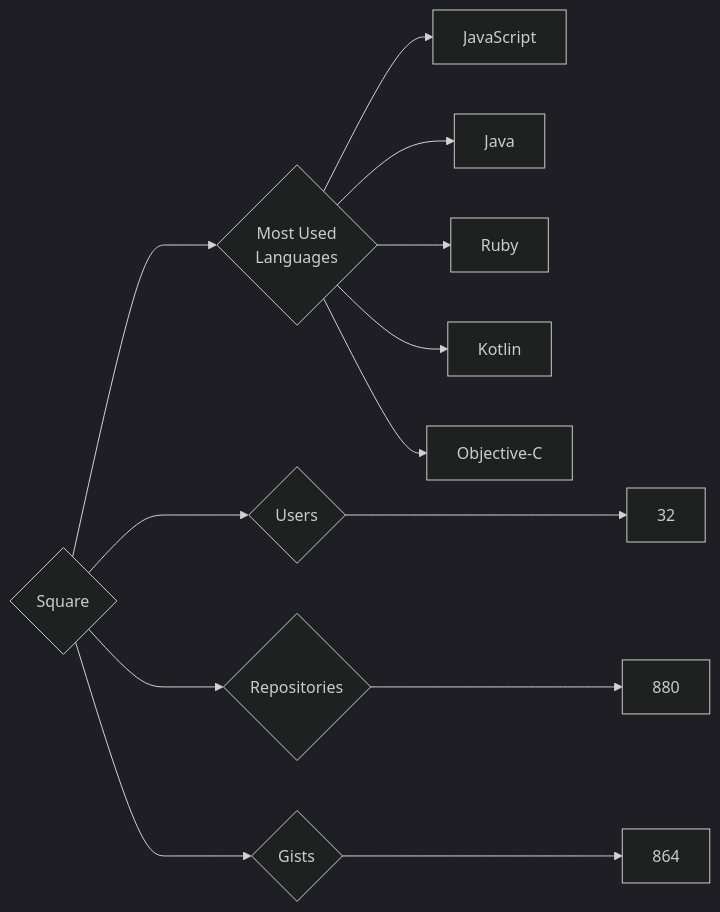
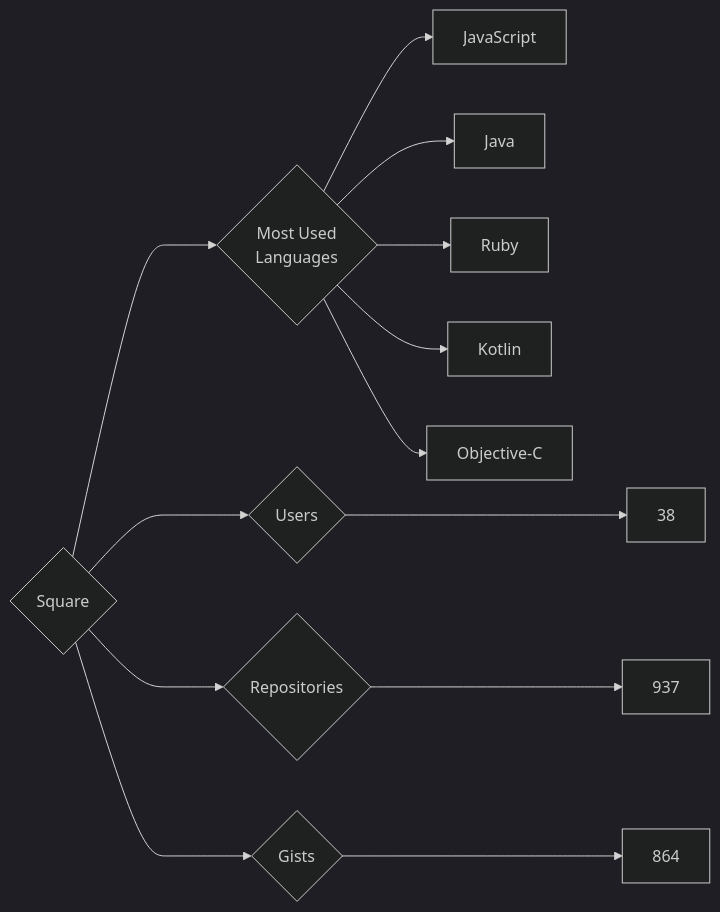
The diagram in targets/Square/README.md (trickest/insiders), drawn with Mermaid (dark theme) before and after one commit. The commit also changed 725 other files, not shown here.

````diff
--- a/targets/Square/README.md
+++ b/targets/Square/README.md
@@ -3,13 +3,13 @@
 ```mermaid
 graph LR
 COMPANY_NAME{Square}
-COMPANY_NAME ---> U{Users} ---> UN[32]
-COMPANY_NAME ---> R{Repositories} ---> RN[880]
+COMPANY_NAME ---> U{Users} ---> UN[38]
+COMPANY_NAME ---> R{Repositories} ---> RN[937]
 COMPANY_NAME ---> G{Gists} ---> GN[864]
 COMPANY_NAME ---> ML{Most Used<br>Languages}
 ML --> JavaScript[JavaScript]
 ML --> Java[Java]
 ML --> Ruby[Ruby]
 ML --> Kotlin[Kotlin]
 ML --> Objective-C[Objective-C]
 ```
````
